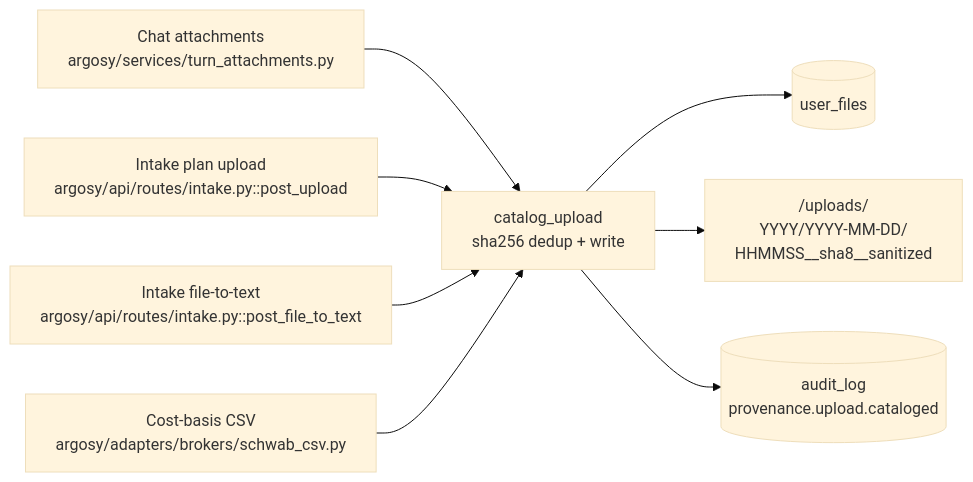
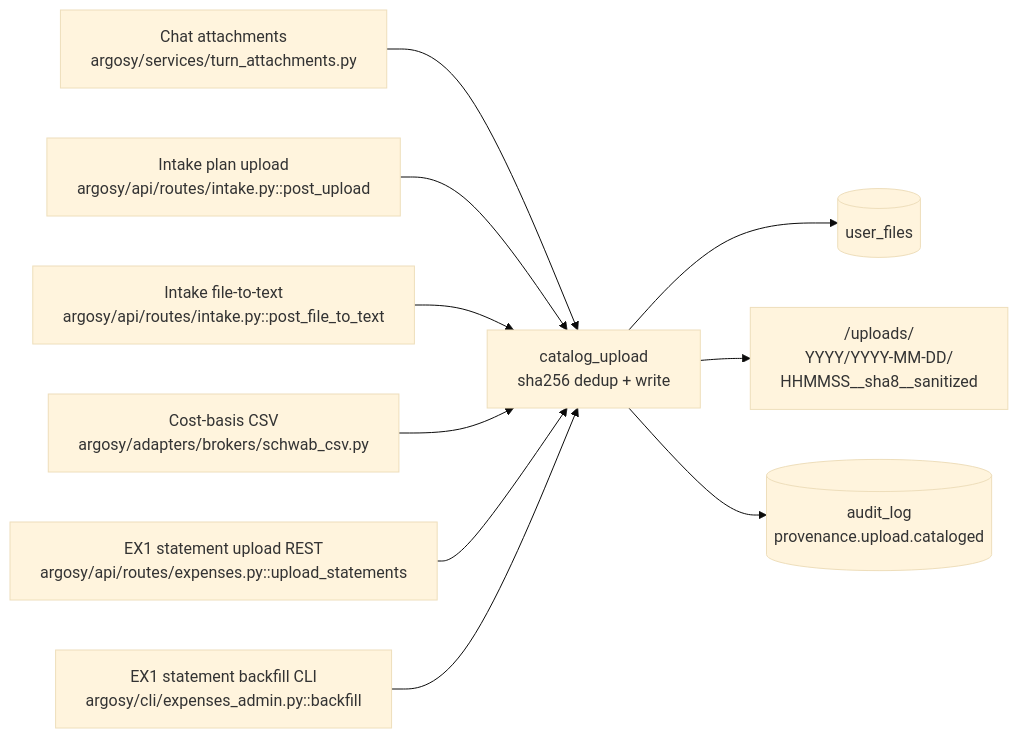
One commit to tanffn/argosy changed the fifth of 14 diagrams in docs/design/SDD.md. Above: the diagram before and after it, drawn with Mermaid (base theme). The commit also changed other lines of this file and 1 other file, not shown here.

````diff
--- a/docs/design/SDD.md
+++ b/docs/design/SDD.md
@@ -2609,10 +2609,12 @@
 ```mermaid
 flowchart LR
   A[Chat attachments<br>argosy/services/turn_attachments.py] --> H
   B[Intake plan upload<br>argosy/api/routes/intake.py::post_upload] --> H
   C[Intake file-to-text<br>argosy/api/routes/intake.py::post_file_to_text] --> H
   D[Cost-basis CSV<br>argosy/adapters/brokers/schwab_csv.py] --> H
+  E[EX1 statement upload REST<br>argosy/api/routes/expenses.py::upload_statements] --> H
+  G[EX1 statement backfill CLI<br>argosy/cli/expenses_admin.py::backfill] --> H
   H[catalog_upload<br>sha256 dedup + write] --> R[(user_files)]
   H --> F[<ARGOSY_HOME>/uploads/<br>YYYY/YYYY-MM-DD/<br>HHMMSS__sha8__sanitized]
   H --> AL[(audit_log<br>provenance.upload.cataloged)]
 ```
````
